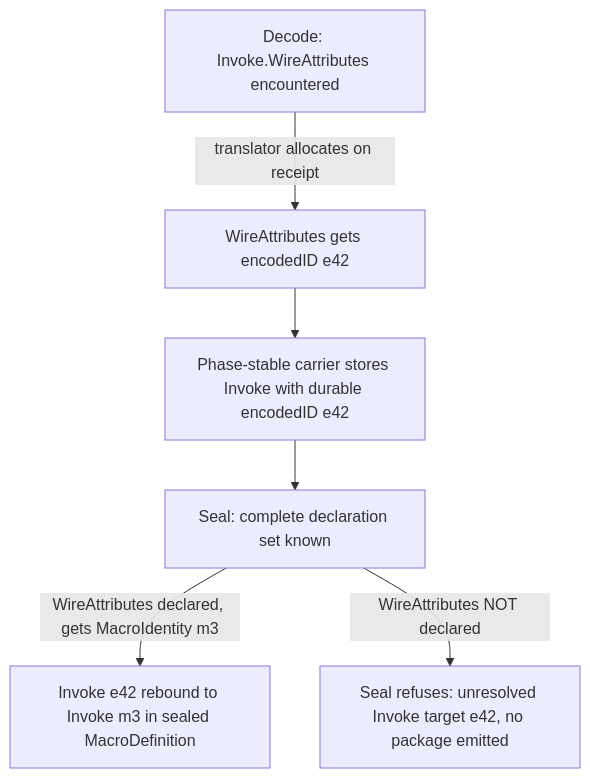
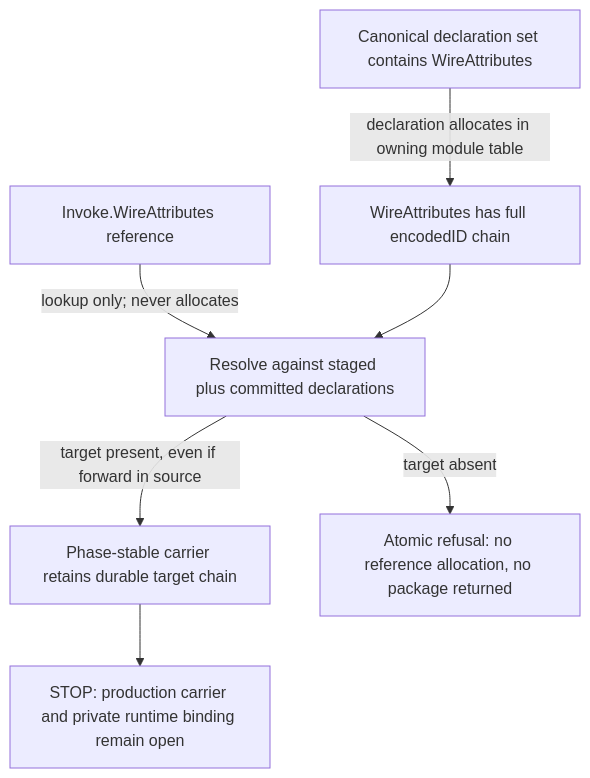
Before and after one commit to LiGoldragon/primary: the third of 3 diagrams in reports/NomosAuthoredRulesDesign-2026-07-29.md, drawn with Mermaid. The commit also changed other lines of this file and 1 other file, not shown here.

````diff
--- a/reports/NomosAuthoredRulesDesign-2026-07-29.md
+++ b/reports/NomosAuthoredRulesDesign-2026-07-29.md
@@ -1710,8 +1754,9 @@
 ```mermaid
 flowchart TD
-    D["Decode: Invoke.WireAttributes encountered"] -->|"translator allocates on receipt"| A["WireAttributes gets encodedID e42"]
-    A --> C["Phase-stable carrier stores Invoke with durable encodedID e42"]
-    C --> S["Seal: complete declaration set known"]
-    S -->|"WireAttributes declared, gets MacroIdentity m3"| B["Invoke e42 rebound to Invoke m3 in sealed MacroDefinition"]
-    S -->|"WireAttributes NOT declared"| R["Seal refuses: unresolved Invoke target e42, no package emitted"]
+    D["Canonical declaration set contains WireAttributes"] -->|"declaration allocates in owning module table"| A["WireAttributes has full encodedID chain"]
+    I["Invoke.WireAttributes reference"] -->|"lookup only; never allocates"| R["Resolve against staged plus committed declarations"]
+    A --> R
+    R -->|"target present, even if forward in source"| C["Phase-stable carrier retains durable target chain"]
+    R -->|"target absent"| F["Atomic refusal: no reference allocation, no package returned"]
+    C --> S["STOP: production carrier and private runtime binding remain open"]
 ```
````
